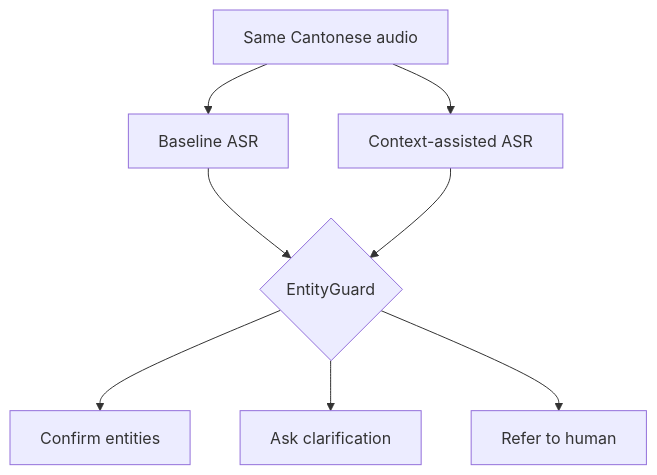
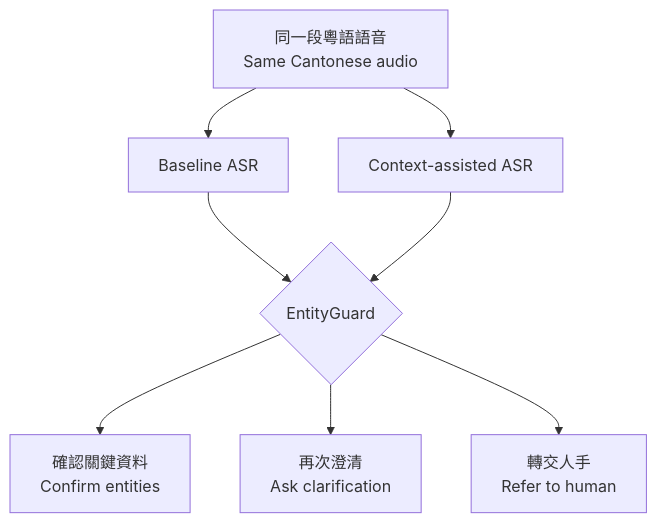
The diagram in README.md (DanielLiHK/cantoshield-mini-showcase), drawn with Mermaid before and after one commit. The commit also changed other lines of this file and 9 other files, not shown here.

````diff
--- a/README.md
+++ b/README.md
@@ -36,10 +42,10 @@
 ```mermaid
 flowchart TD
-    A[Same Cantonese audio] --> B[Baseline ASR]
-    A --> C[Context-assisted ASR]
-    B --> D{EntityGuard}
+    A["同一段粵語語音<br/>Same Cantonese audio"] --> B["Baseline ASR"]
+    A --> C["Context-assisted ASR"]
+    B --> D{"EntityGuard"}
     C --> D
-    D --> E[Confirm entities]
-    D --> F[Ask clarification]
-    D --> G[Refer to human]
+    D --> E["確認關鍵資料<br/>Confirm entities"]
+    D --> F["再次澄清<br/>Ask clarification"]
+    D --> G["轉交人手<br/>Refer to human"]
 ```
````
